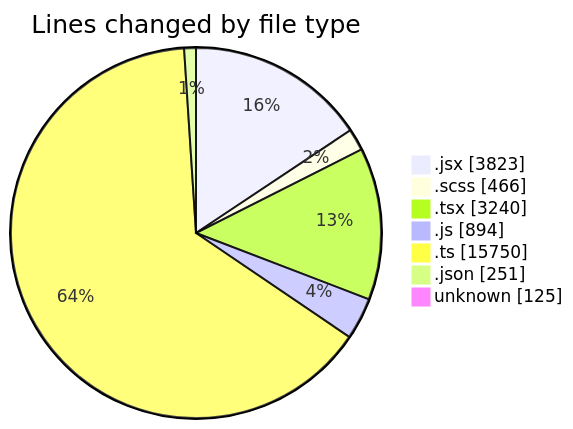
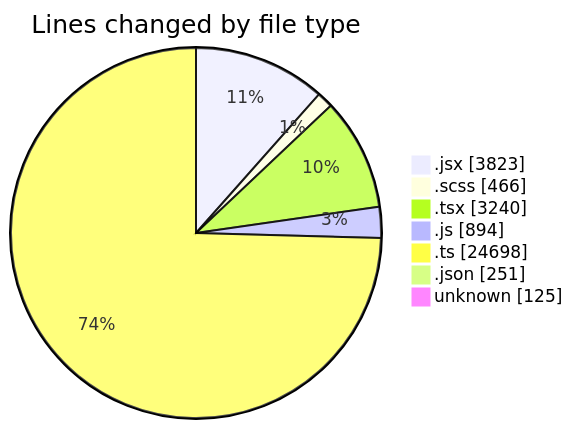
One commit to momahboobian/code-tracking changed the first of 2 diagrams in 2026-09-02/cda/README.md. Above: the diagram before and after it, drawn with Mermaid. The commit also changed other lines of this file and 1 other file, not shown here.

````diff
--- a/2026-09-02/cda/README.md
+++ b/2026-09-02/cda/README.md
@@ -75,11 +76,11 @@
 ```mermaid
 pie showData
 title Lines changed by file type
 ".jsx" : 3823
 ".scss" : 466
 ".tsx" : 3240
 ".js" : 894
-".ts" : 15750
+".ts" : 24698
 ".json" : 251
 "unknown" : 125
 ```
````
